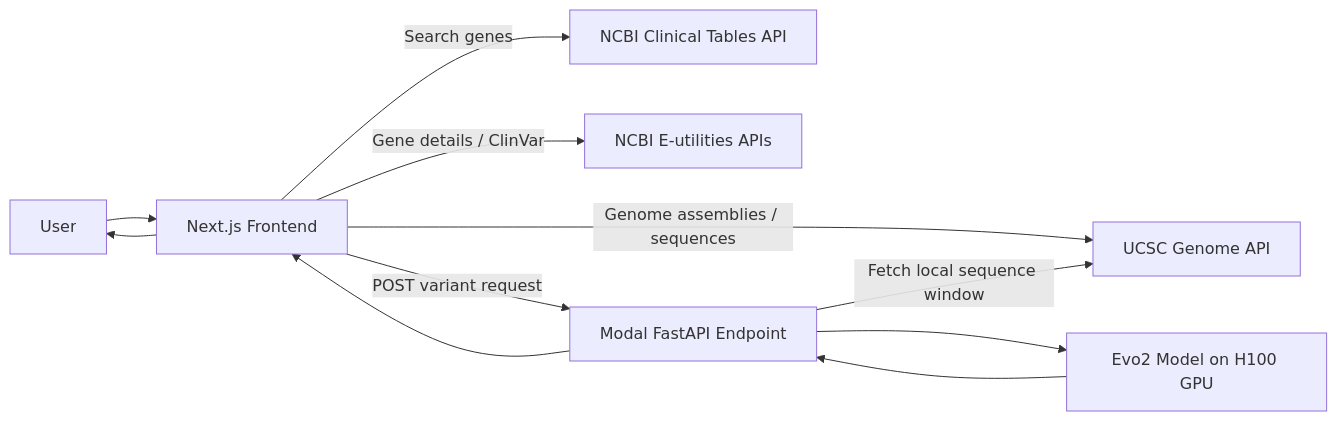
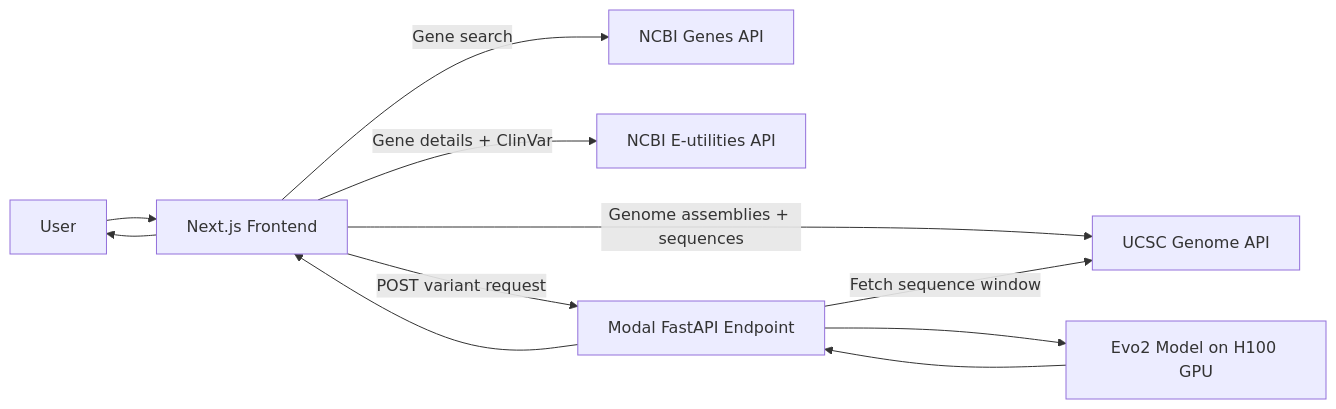
One commit to UtkarsHMer05/EvoVariant-TR- changed the diagram in README.md. Above: the diagram before and after it, drawn with Mermaid. The commit also changed other lines of this file and 9 other files, not shown here.

````diff
--- a/README.md
+++ b/README.md
@@ -135,13 +126,13 @@
 ```mermaid
 flowchart LR
-		U[User] --> FE[Next.js Frontend]
-		FE -->|Search genes| NCBI1[NCBI Clinical Tables API]
-		FE -->|Gene details / ClinVar| NCBI2[NCBI E-utilities APIs]
-		FE -->|Genome assemblies / sequences| UCSC[UCSC Genome API]
-		FE -->|POST variant request| BE[Modal FastAPI Endpoint]
-		BE -->|Fetch local sequence window| UCSC
-		BE --> EVO2[Evo2 Model on H100 GPU]
-		EVO2 --> BE
-		BE --> FE
-		FE --> U
+    U[User] --> FE[Next.js Frontend]
+    FE -->|Gene search| NCBI1[NCBI Genes API]
+    FE -->|Gene details + ClinVar| NCBI2[NCBI E-utilities API]
+    FE -->|Genome assemblies + sequences| UCSC[UCSC Genome API]
+    FE -->|POST variant request| BE[Modal FastAPI Endpoint]
+    BE -->|Fetch sequence window| UCSC
+    BE --> EVO2[Evo2 Model on H100 GPU]
+    EVO2 --> BE
+    BE --> FE
+    FE --> U
 ```
````
